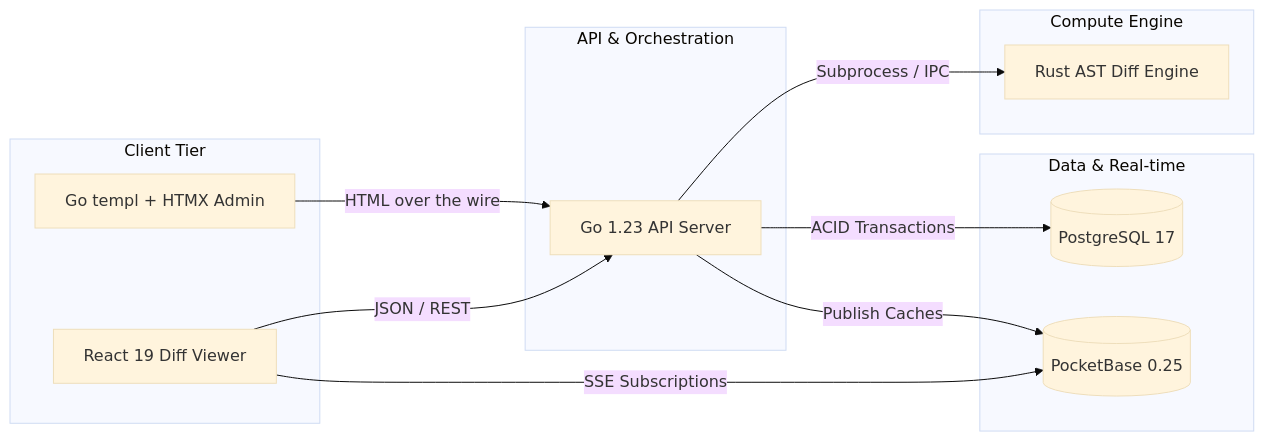
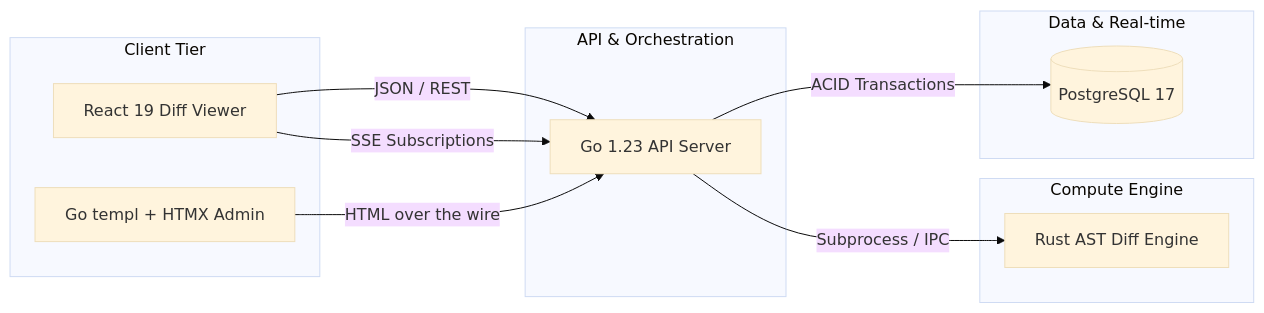
One commit to tm3l/tm3l-break-detector changed the diagram in README.md. Above: the diagram before and after it, drawn with Mermaid (base theme). The commit also changed other lines of this file, not shown here.

Commit message:
docs: remove PocketBase from architecture diagram in favor of native Go SSE

````diff
--- a/README.md
+++ b/README.md
@@ -26,27 +26,27 @@
 ```mermaid
 graph LR
     subgraph "Client Tier"
         UI[React 19 Diff Viewer]
         Admin[Go templ + HTMX Admin]
     end
 
     subgraph "API & Orchestration"
         Server[Go 1.23 API Server]
     end
 
     subgraph "Compute Engine"
         Rust[Rust AST Diff Engine]
     end
 
     subgraph "Data & Real-time"
         PG[(PostgreSQL 17)]
-        PB[(PocketBase 0.25)]
+        
     end
 
     UI -- "JSON / REST" --> Server
-    UI -- "SSE Subscriptions" --> PB
+    UI -- "SSE Subscriptions" --> Server
     Admin -- "HTML over the wire" --> Server
     Server -- "Subprocess / IPC" --> Rust
     Server -- "ACID Transactions" --> PG
-    Server -- "Publish Caches" --> PB
+    
 ```
````
